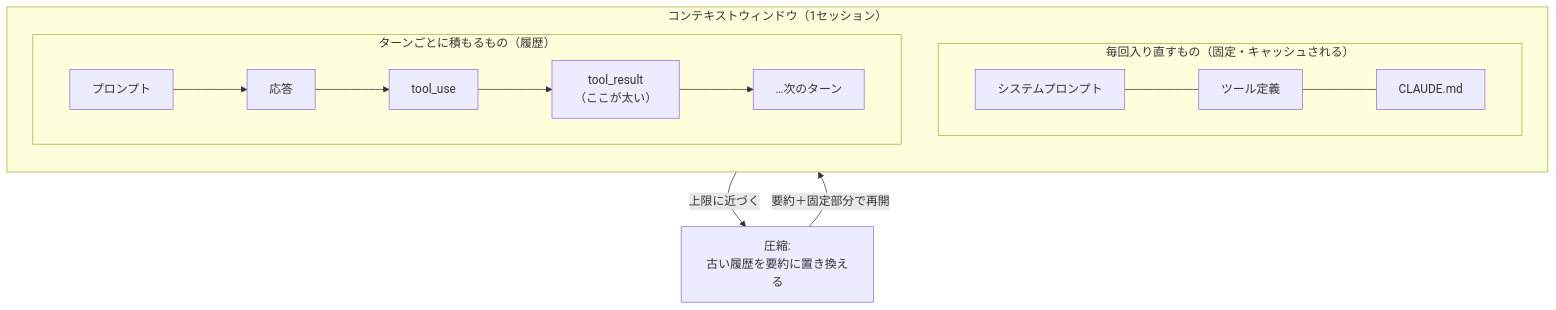
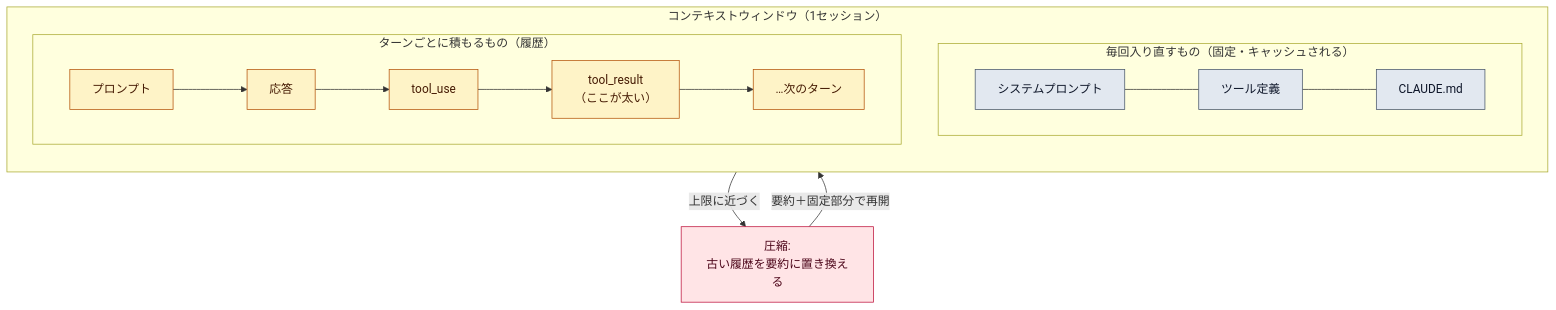
The diagram in docs/internals/context-window.md (toshiki0102/claude-study), drawn with Mermaid before and after one commit. The commit also changed other lines of this file and 8 other files, not shown here.

First line of the commit message:
feat: ページに配色を付けて、図・要点・表を見分けやすくする (#31)

````diff
--- a/docs/internals/context-window.md
+++ b/docs/internals/context-window.md
@@ -36,16 +37,23 @@
 ```mermaid
 flowchart TB
   subgraph W["コンテキストウィンドウ（1セッション）"]
     direction TB
     subgraph F["毎回入り直すもの（固定・キャッシュされる）"]
       direction LR
       S[システムプロンプト] --- T[ツール定義] --- C[CLAUDE.md]
     end
     subgraph H["ターンごとに積もるもの（履歴）"]
       direction LR
       P[プロンプト] --> R[応答] --> U[tool_use] --> O["tool_result<br/>（ここが太い）"] --> N[…次のターン]
     end
   end
   H -- "上限に近づく" --> K["圧縮:<br/>古い履歴を要約に置き換える"]
   K -- "要約＋固定部分で再開" --> W
+  classDef fixed fill:#e2e8f0,stroke:#475569,color:#0f172a
+  classDef accum fill:#fef3c7,stroke:#b45309,color:#451a03
+  classDef result fill:#d1fae5,stroke:#047857,color:#064e3b
+  classDef edge fill:#ffe4e6,stroke:#be123c,color:#4c0519
+  class S,T,C fixed
+  class P,R,U,O,N accum
+  class K edge
 ```
````
